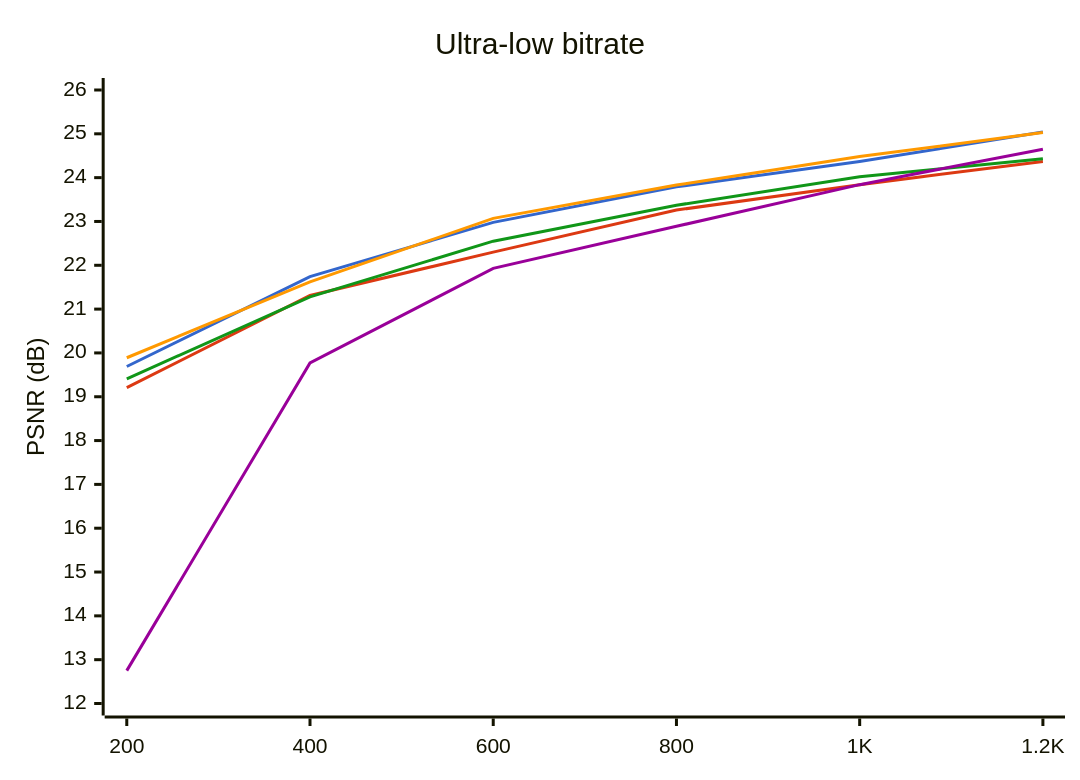
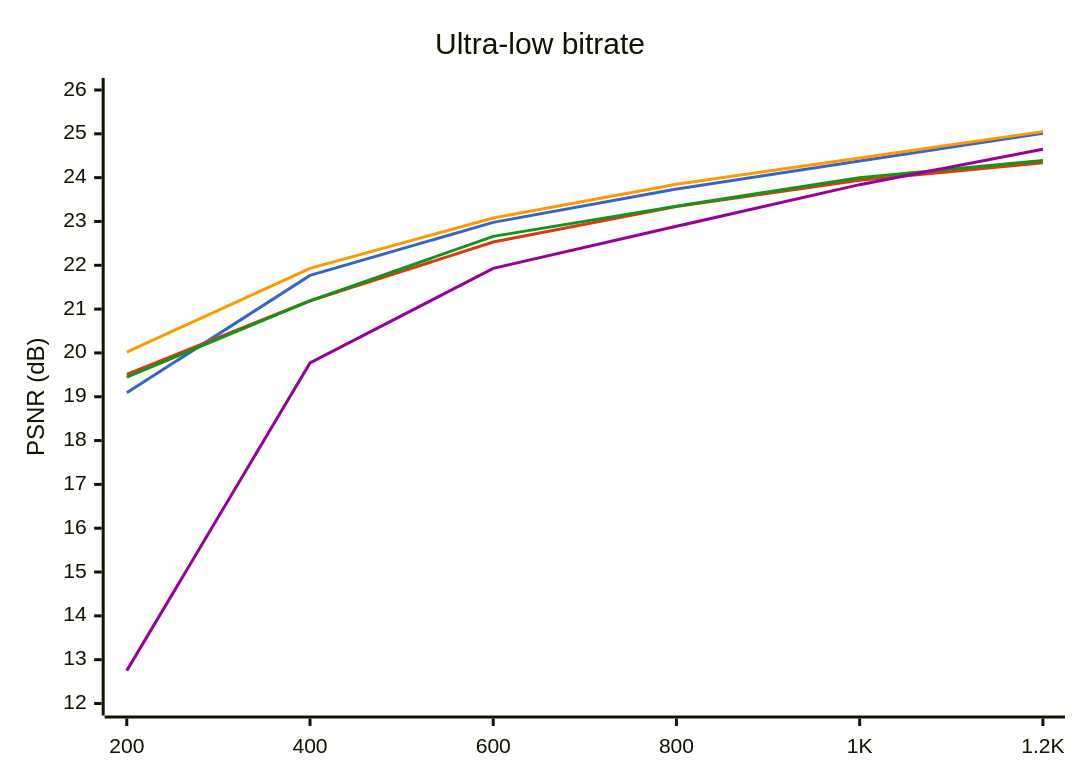
One commit to lieff/miniwtpc changed the first of 2 diagrams in results.md. Above: the diagram before and after it, drawn with Mermaid. The commit also changed other lines of this file and 40 other files, not shown here.

````diff
--- a/results.md
+++ b/results.md
@@ -12,12 +12,12 @@
 ```mermaid
 %%{init: {"themeVariables": {"xyChart": {"plotColorPalette": "#3366cc, #dc3912, #ff9900, #109618, #990099"}}}}%%
 xychart-beta
     title "Ultra-low bitrate"
     y-axis "PSNR (dB)" 12 --> 26
     x-axis ["200", "400", "600", "800", "1K", "1.2K"]
-    line "WTPC EBC" [19.69, 21.74, 22.98, 23.79, 24.37, 25.04]
-    line "WTPC Huff" [19.21, 21.31, 22.30, 23.26, 23.84, 24.37]
-    line "W420 EBC" [19.89, 21.62, 23.07, 23.83, 24.48, 25.03]
-    line "W420 Huff" [19.41, 21.28, 22.55, 23.37, 24.02, 24.43]
+    line "WTPC EBC" [19.09, 21.77, 22.98, 23.74, 24.38, 25.01]
+    line "WTPC Huff" [19.51, 21.19, 22.53, 23.34, 23.94, 24.34]
+    line "W420 EBC" [20.02, 21.93, 23.08, 23.85, 24.45, 25.05]
+    line "W420 Huff" [19.45, 21.19, 22.66, 23.35, 24.00, 24.39]
     line "JPEG2000" [12.75, 19.77, 21.93, 22.89, 23.84, 24.65]
 ```
````
